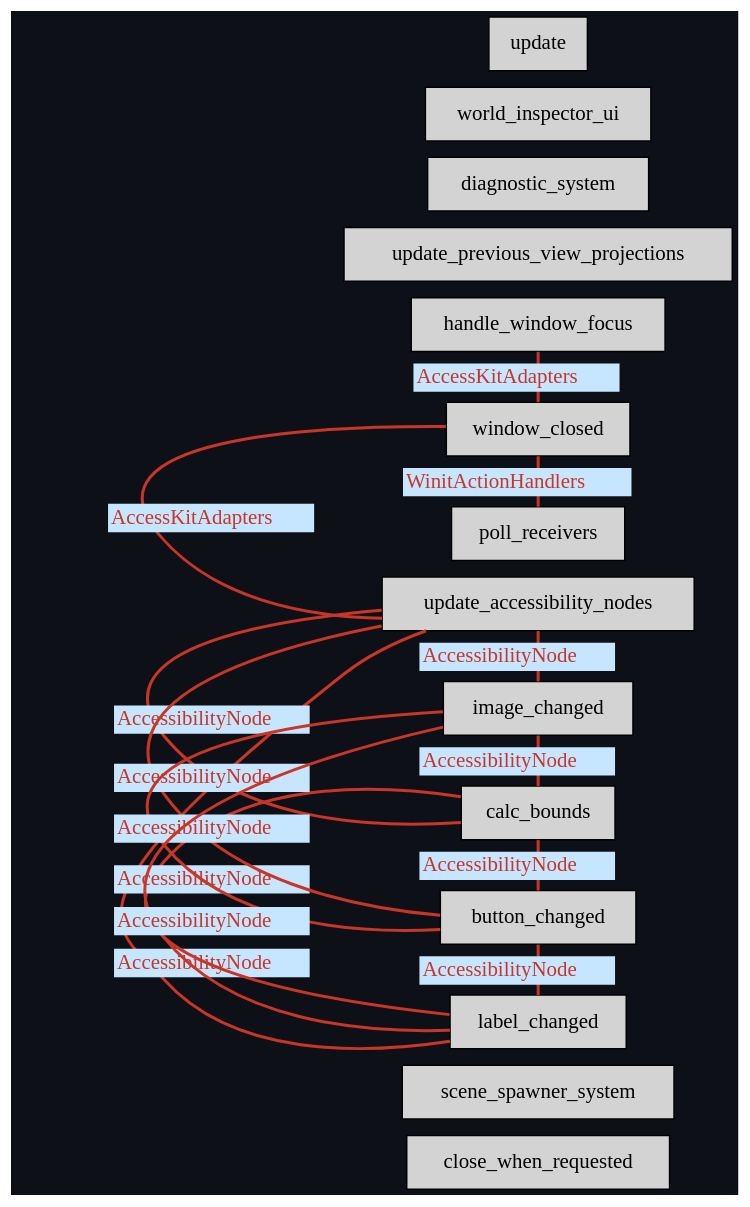
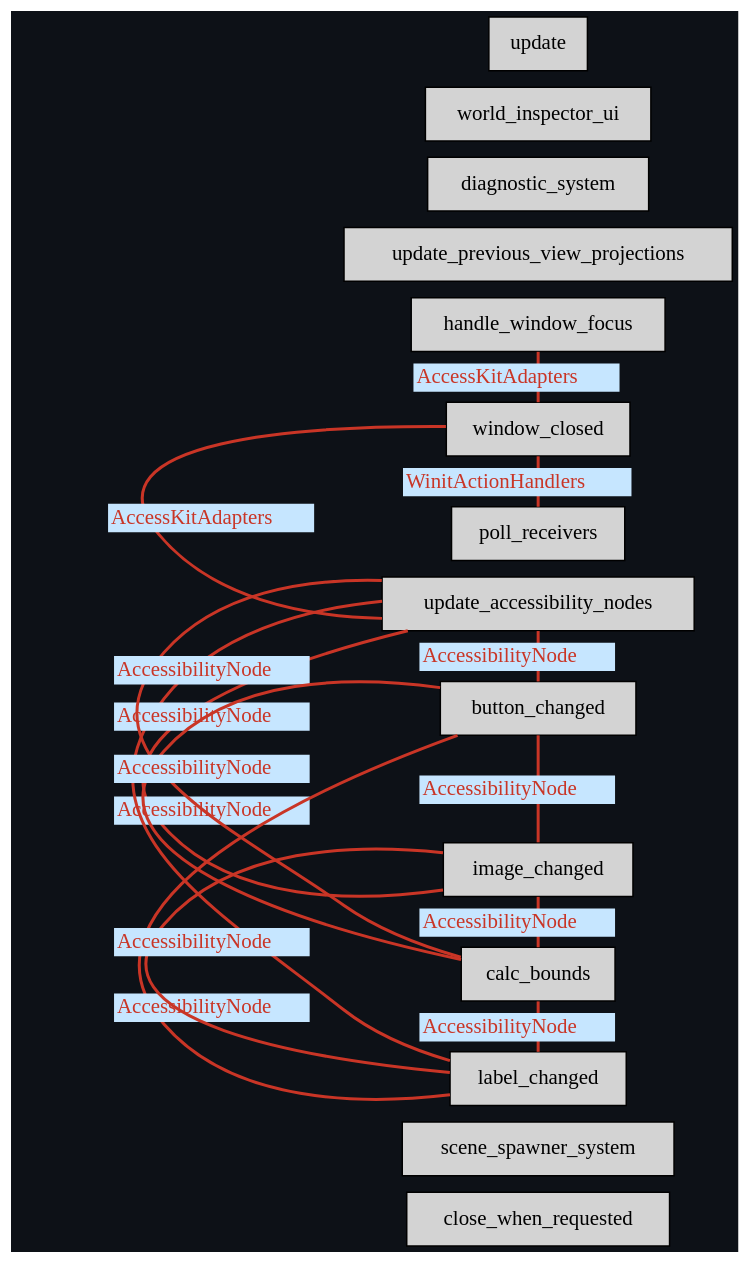
The diagram in graphs/update-schedule.dot (eerii/hello-bevy), drawn with Graphviz before and after one commit. The commit also changed 2 other files, not shown here.

```diff
--- a/graphs/update-schedule.dot
+++ b/graphs/update-schedule.dot
@@ -1,37 +1,37 @@
 digraph "" {
 	"compound"="true";
 	"splines"="spline";
 	"rankdir"="LR";
 	"bgcolor"="#0d1117";
 	"fontname"="Helvetica";
 	"nodesep"="0.15";
 	edge ["penwidth"="2"];
 	node ["shape"="box", "style"="filled"];
 	"node_System(0)" ["label"="close_when_requested", "tooltip"="bevy_window::system::close_when_requested"]
 	"node_System(1)" ["label"="scene_spawner_system", "tooltip"="bevy_scene::scene_spawner::scene_spawner_system"]
 	"node_System(2)" ["label"="handle_window_focus", "tooltip"="bevy_winit::accessibility::handle_window_focus"]
 	"node_System(3)" ["label"="window_closed", "tooltip"="bevy_winit::accessibility::window_closed"]
 	"node_System(4)" ["label"="poll_receivers", "tooltip"="bevy_winit::accessibility::poll_receivers"]
 	"node_System(5)" ["label"="update_accessibility_nodes", "tooltip"="bevy_winit::accessibility::update_accessibility_nodes"]
 	"node_System(6)" ["label"="calc_bounds", "tooltip"="bevy_ui::accessibility::calc_bounds"]
 	"node_System(7)" ["label"="button_changed", "tooltip"="bevy_ui::accessibility::button_changed"]
 	"node_System(8)" ["label"="image_changed", "tooltip"="bevy_ui::accessibility::image_changed"]
 	"node_System(9)" ["label"="label_changed", "tooltip"="bevy_ui::accessibility::label_changed"]
 	"node_System(10)" ["label"="update_previous_view_projections", "tooltip"="bevy_pbr::prepass::update_previous_view_projections"]
 	"node_System(11)" ["label"="diagnostic_system", "tooltip"="bevy_diagnostic::frame_time_diagnostics_plugin::FrameTimeDiagnosticsPlugin::diagnostic_system"]
 	"node_System(12)" ["label"="world_inspector_ui", "tooltip"="bevy_inspector_egui::quick::world_inspector_ui"]
 	"node_System(13)" ["label"="update", "tooltip"="hello_bevy::update"]
 	"node_System(3)" -> "node_System(2)" ["dir"="none", "constraint"="false", "color"="#c93526", "fontcolor"="#c93526", "label"=<<table border="0" cellborder="0"><tr><td bgcolor="#c6e6ff">AccessKitAdapters</td></tr></table>>, "labeltooltip"="window_closed — handle_window_focus"]
 	"node_System(4)" -> "node_System(3)" ["dir"="none", "constraint"="false", "color"="#c93526", "fontcolor"="#c93526", "label"=<<table border="0" cellborder="0"><tr><td bgcolor="#c6e6ff">WinitActionHandlers</td></tr></table>>, "labeltooltip"="poll_receivers — window_closed"]
 	"node_System(5)" -> "node_System(3)" ["dir"="none", "constraint"="false", "color"="#c93526", "fontcolor"="#c93526", "label"=<<table border="0" cellborder="0"><tr><td bgcolor="#c6e6ff">AccessKitAdapters</td></tr></table>>, "labeltooltip"="update_accessibility_nodes — window_closed"]
+	"node_System(5)" -> "node_System(7)" ["dir"="none", "constraint"="false", "color"="#c93526", "fontcolor"="#c93526", "label"=<<table border="0" cellborder="0"><tr><td bgcolor="#c6e6ff">AccessibilityNode</td></tr></table>>, "labeltooltip"="update_accessibility_nodes — button_changed"]
 	"node_System(5)" -> "node_System(8)" ["dir"="none", "constraint"="false", "color"="#c93526", "fontcolor"="#c93526", "label"=<<table border="0" cellborder="0"><tr><td bgcolor="#c6e6ff">AccessibilityNode</td></tr></table>>, "labeltooltip"="update_accessibility_nodes — image_changed"]
 	"node_System(5)" -> "node_System(9)" ["dir"="none", "constraint"="false", "color"="#c93526", "fontcolor"="#c93526", "label"=<<table border="0" cellborder="0"><tr><td bgcolor="#c6e6ff">AccessibilityNode</td></tr></table>>, "labeltooltip"="update_accessibility_nodes — label_changed"]
 	"node_System(6)" -> "node_System(5)" ["dir"="none", "constraint"="false", "color"="#c93526", "fontcolor"="#c93526", "label"=<<table border="0" cellborder="0"><tr><td bgcolor="#c6e6ff">AccessibilityNode</td></tr></table>>, "labeltooltip"="calc_bounds — update_accessibility_nodes"]
 	"node_System(6)" -> "node_System(7)" ["dir"="none", "constraint"="false", "color"="#c93526", "fontcolor"="#c93526", "label"=<<table border="0" cellborder="0"><tr><td bgcolor="#c6e6ff">AccessibilityNode</td></tr></table>>, "labeltooltip"="calc_bounds — button_changed"]
 	"node_System(6)" -> "node_System(8)" ["dir"="none", "constraint"="false", "color"="#c93526", "fontcolor"="#c93526", "label"=<<table border="0" cellborder="0"><tr><td bgcolor="#c6e6ff">AccessibilityNode</td></tr></table>>, "labeltooltip"="calc_bounds — image_changed"]
 	"node_System(6)" -> "node_System(9)" ["dir"="none", "constraint"="false", "color"="#c93526", "fontcolor"="#c93526", "label"=<<table border="0" cellborder="0"><tr><td bgcolor="#c6e6ff">AccessibilityNode</td></tr></table>>, "labeltooltip"="calc_bounds — label_changed"]
-	"node_System(7)" -> "node_System(5)" ["dir"="none", "constraint"="false", "color"="#c93526", "fontcolor"="#c93526", "label"=<<table border="0" cellborder="0"><tr><td bgcolor="#c6e6ff">AccessibilityNode</td></tr></table>>, "labeltooltip"="button_changed — update_accessibility_nodes"]
 	"node_System(7)" -> "node_System(8)" ["dir"="none", "constraint"="false", "color"="#c93526", "fontcolor"="#c93526", "label"=<<table border="0" cellborder="0"><tr><td bgcolor="#c6e6ff">AccessibilityNode</td></tr></table>>, "labeltooltip"="button_changed — image_changed"]
 	"node_System(7)" -> "node_System(9)" ["dir"="none", "constraint"="false", "color"="#c93526", "fontcolor"="#c93526", "label"=<<table border="0" cellborder="0"><tr><td bgcolor="#c6e6ff">AccessibilityNode</td></tr></table>>, "labeltooltip"="button_changed — label_changed"]
 	"node_System(9)" -> "node_System(8)" ["dir"="none", "constraint"="false", "color"="#c93526", "fontcolor"="#c93526", "label"=<<table border="0" cellborder="0"><tr><td bgcolor="#c6e6ff">AccessibilityNode</td></tr></table>>, "labeltooltip"="label_changed — image_changed"]
 }
```
